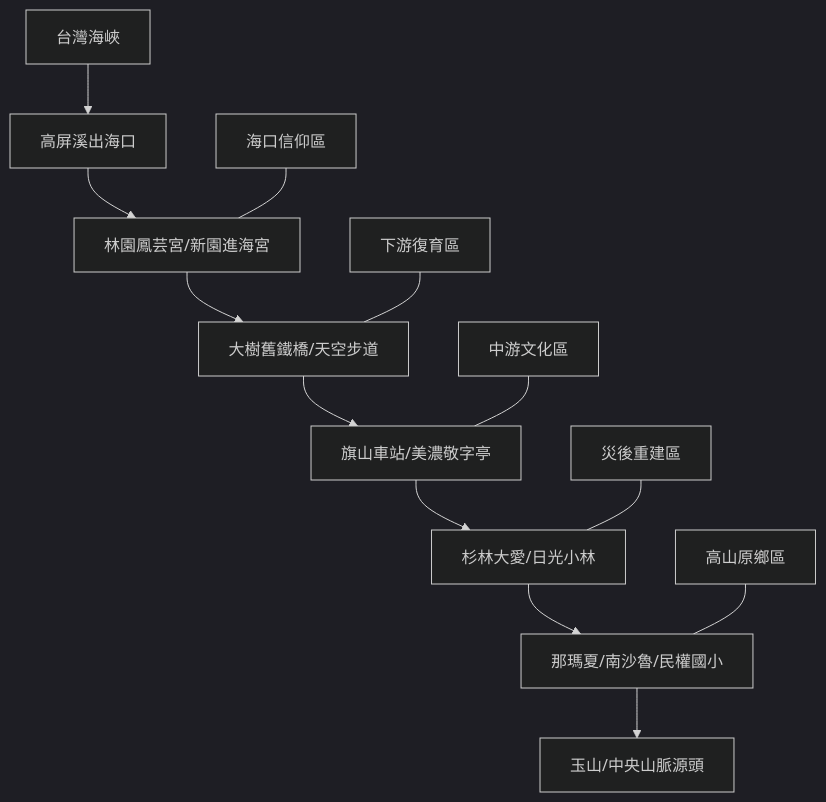
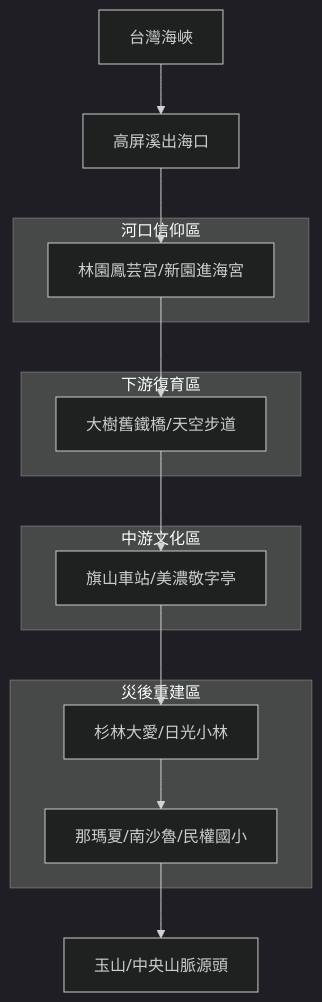
The diagram in static/walkgis_prj/maps/2026xxxx_gaoping_exploration.md (wuulong/wuulong-notes-blog), drawn with Mermaid (dark theme) before and after one commit. The commit also changed other lines of this file and 2 other files, not shown here.

````diff
--- a/static/walkgis_prj/maps/2026xxxx_gaoping_exploration.md
+++ b/static/walkgis_prj/maps/2026xxxx_gaoping_exploration.md
@@ -8,16 +10,27 @@
 ```mermaid
 graph TD;
     A[台灣海峽] --> B[高屏溪出海口];
     B --> C[林園鳳芸宮/新園進海宮];
     C --> D[大樹舊鐵橋/天空步道];
     D --> E[旗山車站/美濃敬字亭];
     E --> F[杉林大愛/日光小林];
     F --> G[那瑪夏/南沙魯/民權國小];
     G --> H[玉山/中央山脈源頭];
     
-    I[海口信仰區] --- C;
-    J[下游復育區] --- D;
-    K[中游文化區] --- E;
-    L[災後重建區] --- F;
-    M[高山原鄉區] --- G;
+    subgraph 河口信仰區
+    C
+    end
+    
+    subgraph 下游復育區
+    D
+    end
+    
+    subgraph 中游文化區
+    E
+    end
+    
+    subgraph 災後重建區
+    F
+    G
+    end
 ```
````
